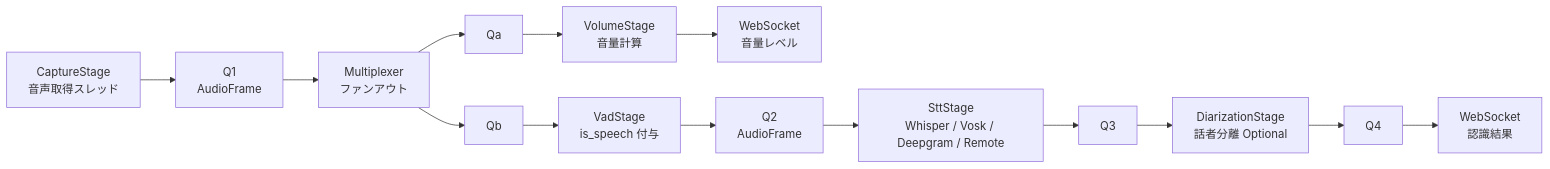
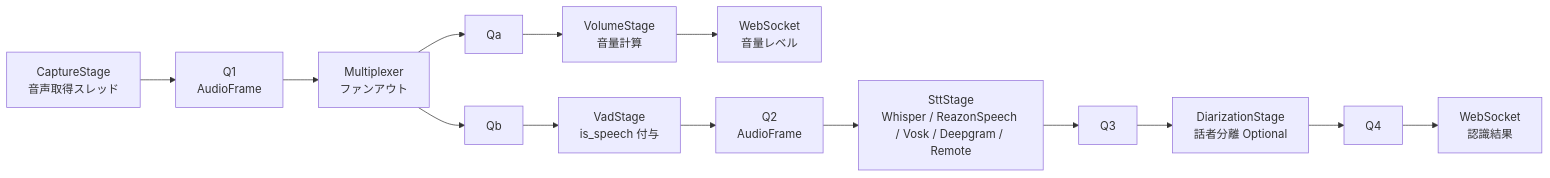
The first of 2 diagrams in doc/adr/002-stt-pipeline-architecture.md (ouvill/meeting-supporter), drawn with Mermaid before and after one commit. The commit also changed other lines of this file and 34 other files, not shown here.

Commit message:
feat(stt): add ReazonSpeech local recognition (#29)

````diff
--- a/doc/adr/002-stt-pipeline-architecture.md
+++ b/doc/adr/002-stt-pipeline-architecture.md
@@ -25,17 +25,17 @@
 ```mermaid
 flowchart LR
     CAP[CaptureStage\n音声取得スレッド]
     CAP --> Q1[Q1\nAudioFrame]
     Q1 --> MUX[Multiplexer\nファンアウト]
     MUX --> Qa[Qa]
     MUX --> Qb[Qb]
     Qa --> VOL[VolumeStage\n音量計算]
     VOL --> WS1[WebSocket\n音量レベル]
     Qb --> VAD[VadStage\nis_speech 付与]
     VAD --> Q2[Q2\nAudioFrame]
-    Q2 --> STT[SttStage\nWhisper / Vosk / Deepgram / Remote]
+    Q2 --> STT[SttStage\nWhisper / ReazonSpeech / Vosk / Deepgram / Remote]
     STT --> Q3[Q3]
     Q3 --> DIAR[DiarizationStage\n話者分離 Optional]
     DIAR --> Q4[Q4]
     Q4 --> WS2[WebSocket\n認識結果]
 ```
````
